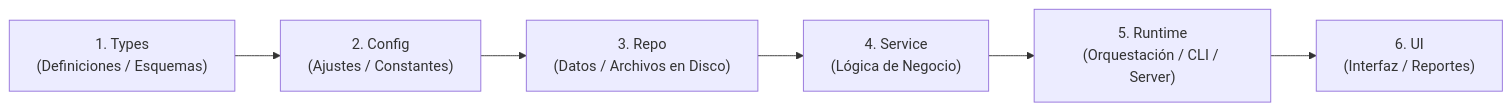
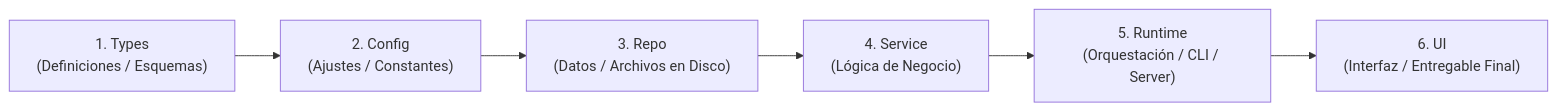
Before and after one commit to sebasD-mente/sebastian-web-Portafolio: the first of 2 diagrams in ARCHITECTURE.md, drawn with Mermaid. The commit also changed other lines of this file and 23 other files, not shown here.

````diff
--- a/ARCHITECTURE.md
+++ b/ARCHITECTURE.md
@@ -28,8 +28,8 @@
 ```mermaid
 flowchart LR
     Types["1. Types<br/>(Definiciones / Esquemas)"] --> Config["2. Config<br/>(Ajustes / Constantes)"]
     Config --> Repo["3. Repo<br/>(Datos / Archivos en Disco)"]
     Repo --> Service["4. Service<br/>(Lógica de Negocio)"]
     Service --> Runtime["5. Runtime<br/>(Orquestación / CLI / Server)"]
-    Runtime --> UI["6. UI<br/>(Interfaz / Reportes)"]
+    Runtime --> UI["6. UI<br/>(Interfaz / Entregable Final)"]
 ```
````
